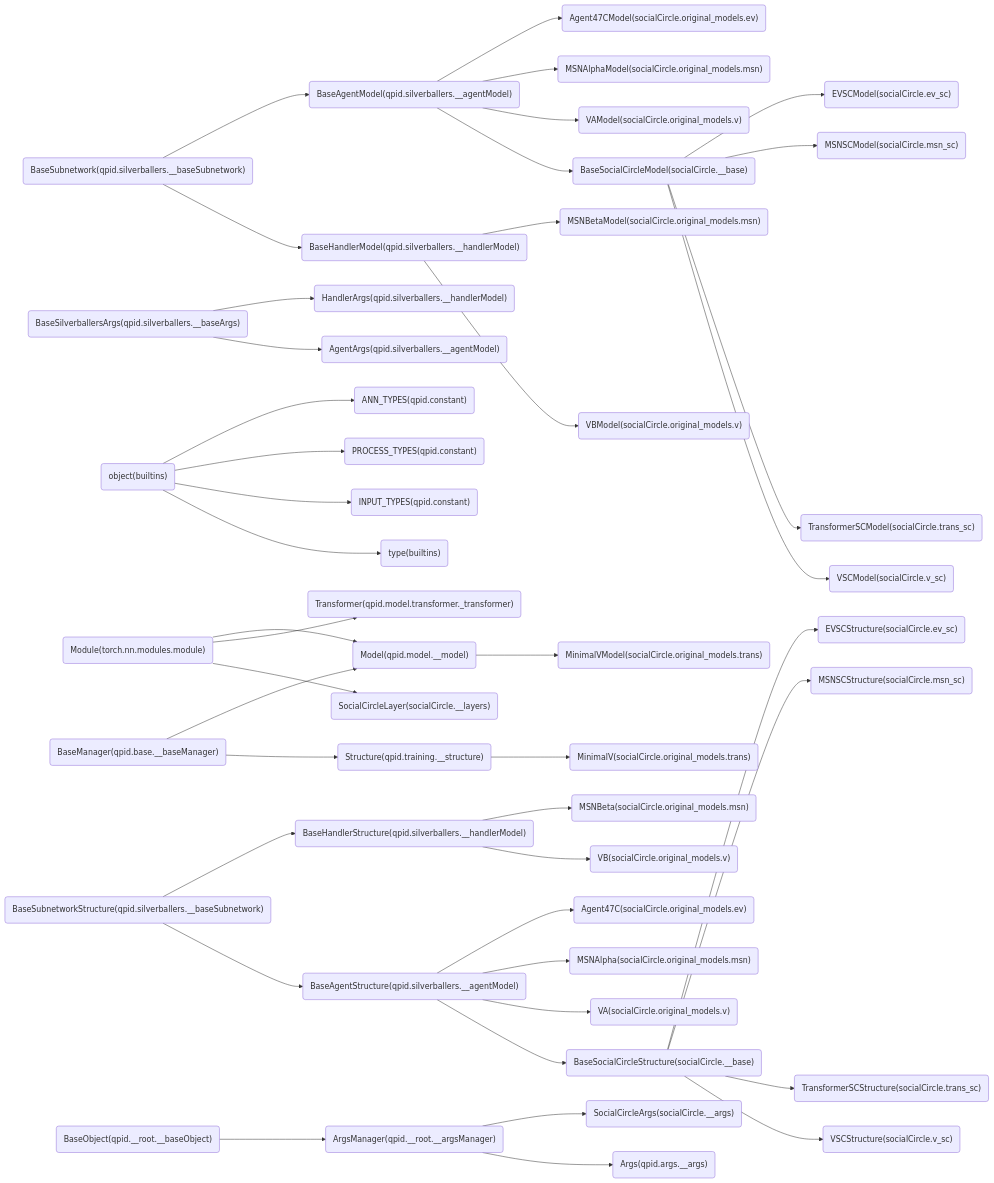
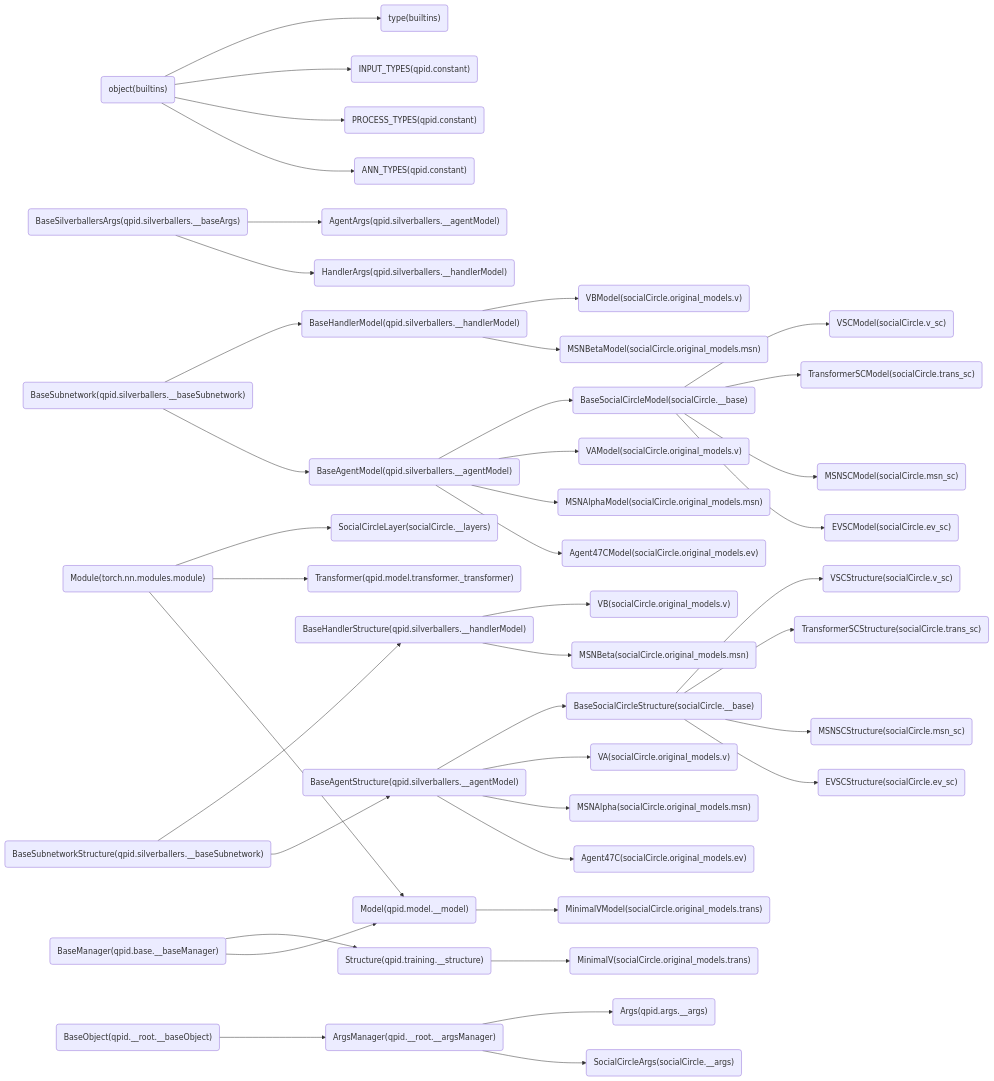
One commit to cocoon2wong/Project-Jocker changed the second of 2 diagrams in classRef.md. Above: the diagram before and after it, drawn with Mermaid. The commit also changed other lines of this file and 3 other files, not shown here.

````diff
--- a/classRef.md
+++ b/classRef.md
@@ -136,43 +136,43 @@
 ```mermaid
     graph LR
         socialCircle.__base_BaseSocialCircleStructure("BaseSocialCircleStructure(socialCircle.__base)") --> socialCircle.v_sc_VSCStructure("VSCStructure(socialCircle.v_sc)")
         builtins_object("object(builtins)") --> builtins_type("type(builtins)")
         socialCircle.__base_BaseSocialCircleModel("BaseSocialCircleModel(socialCircle.__base)") --> socialCircle.v_sc_VSCModel("VSCModel(socialCircle.v_sc)")
         qpid.silverballers.__baseArgs_BaseSilverballersArgs("BaseSilverballersArgs(qpid.silverballers.__baseArgs)") --> qpid.silverballers.__agentModel_AgentArgs("AgentArgs(qpid.silverballers.__agentModel)")
         torch.nn.modules.module_Module("Module(torch.nn.modules.module)") --> socialCircle.__layers_SocialCircleLayer("SocialCircleLayer(socialCircle.__layers)")
         builtins_object("object(builtins)") --> qpid.constant_INPUT_TYPES("INPUT_TYPES(qpid.constant)")
         qpid.silverballers.__agentModel_BaseAgentStructure("BaseAgentStructure(qpid.silverballers.__agentModel)") --> socialCircle.__base_BaseSocialCircleStructure("BaseSocialCircleStructure(socialCircle.__base)")
         qpid.silverballers.__agentModel_BaseAgentModel("BaseAgentModel(qpid.silverballers.__agentModel)") --> socialCircle.__base_BaseSocialCircleModel("BaseSocialCircleModel(socialCircle.__base)")
-        qpid.silverballers.__baseSubnetwork_BaseSubnetworkStructure("BaseSubnetworkStructure(qpid.silverballers.__baseSubnetwork)") --> qpid.silverballers.__agentModel_BaseAgentStructure("BaseAgentStructure(qpid.silverballers.__agentModel)")
         socialCircle.__base_BaseSocialCircleStructure("BaseSocialCircleStructure(socialCircle.__base)") --> socialCircle.trans_sc_TransformerSCStructure("TransformerSCStructure(socialCircle.trans_sc)")
         socialCircle.__base_BaseSocialCircleModel("BaseSocialCircleModel(socialCircle.__base)") --> socialCircle.trans_sc_TransformerSCModel("TransformerSCModel(socialCircle.trans_sc)")
-        qpid.base.__baseManager_BaseManager("BaseManager(qpid.base.__baseManager)") --> qpid.training.__structure_Structure("Structure(qpid.training.__structure)")
-        qpid.__root.__argsManager_ArgsManager("ArgsManager(qpid.__root.__argsManager)") --> qpid.args.__args_Args("Args(qpid.args.__args)")
         builtins_object("object(builtins)") --> qpid.constant_PROCESS_TYPES("PROCESS_TYPES(qpid.constant)")
         qpid.silverballers.__handlerModel_BaseHandlerModel("BaseHandlerModel(qpid.silverballers.__handlerModel)") --> socialCircle.original_models.v_VBModel("VBModel(socialCircle.original_models.v)")
         qpid.silverballers.__handlerModel_BaseHandlerStructure("BaseHandlerStructure(qpid.silverballers.__handlerModel)") --> socialCircle.original_models.v_VB("VB(socialCircle.original_models.v)")
         qpid.silverballers.__baseArgs_BaseSilverballersArgs("BaseSilverballersArgs(qpid.silverballers.__baseArgs)") --> qpid.silverballers.__handlerModel_HandlerArgs("HandlerArgs(qpid.silverballers.__handlerModel)")
         qpid.silverballers.__agentModel_BaseAgentModel("BaseAgentModel(qpid.silverballers.__agentModel)") --> socialCircle.original_models.v_VAModel("VAModel(socialCircle.original_models.v)")
         qpid.silverballers.__agentModel_BaseAgentStructure("BaseAgentStructure(qpid.silverballers.__agentModel)") --> socialCircle.original_models.v_VA("VA(socialCircle.original_models.v)")
         torch.nn.modules.module_Module("Module(torch.nn.modules.module)") --> qpid.model.transformer._transformer_Transformer("Transformer(qpid.model.transformer._transformer)")
         qpid.silverballers.__baseSubnetwork_BaseSubnetworkStructure("BaseSubnetworkStructure(qpid.silverballers.__baseSubnetwork)") --> qpid.silverballers.__handlerModel_BaseHandlerStructure("BaseHandlerStructure(qpid.silverballers.__handlerModel)")
         qpid.silverballers.__baseSubnetwork_BaseSubnetwork("BaseSubnetwork(qpid.silverballers.__baseSubnetwork)") --> qpid.silverballers.__handlerModel_BaseHandlerModel("BaseHandlerModel(qpid.silverballers.__handlerModel)")
+        qpid.silverballers.__baseSubnetwork_BaseSubnetworkStructure("BaseSubnetworkStructure(qpid.silverballers.__baseSubnetwork)") --> qpid.silverballers.__agentModel_BaseAgentStructure("BaseAgentStructure(qpid.silverballers.__agentModel)")
         qpid.silverballers.__baseSubnetwork_BaseSubnetwork("BaseSubnetwork(qpid.silverballers.__baseSubnetwork)") --> qpid.silverballers.__agentModel_BaseAgentModel("BaseAgentModel(qpid.silverballers.__agentModel)")
         builtins_object("object(builtins)") --> qpid.constant_ANN_TYPES("ANN_TYPES(qpid.constant)")
+        qpid.base.__baseManager_BaseManager("BaseManager(qpid.base.__baseManager)") --> qpid.training.__structure_Structure("Structure(qpid.training.__structure)")
+        qpid.__root.__argsManager_ArgsManager("ArgsManager(qpid.__root.__argsManager)") --> qpid.args.__args_Args("Args(qpid.args.__args)")
         torch.nn.modules.module_Module("Module(torch.nn.modules.module)") --> qpid.model.__model_Model("Model(qpid.model.__model)")
         qpid.base.__baseManager_BaseManager("BaseManager(qpid.base.__baseManager)") --> qpid.model.__model_Model("Model(qpid.model.__model)")
         qpid.model.__model_Model("Model(qpid.model.__model)") --> socialCircle.original_models.trans_MinimalVModel("MinimalVModel(socialCircle.original_models.trans)")
         qpid.training.__structure_Structure("Structure(qpid.training.__structure)") --> socialCircle.original_models.trans_MinimalV("MinimalV(socialCircle.original_models.trans)")
         qpid.silverballers.__handlerModel_BaseHandlerModel("BaseHandlerModel(qpid.silverballers.__handlerModel)") --> socialCircle.original_models.msn_MSNBetaModel("MSNBetaModel(socialCircle.original_models.msn)")
         qpid.silverballers.__handlerModel_BaseHandlerStructure("BaseHandlerStructure(qpid.silverballers.__handlerModel)") --> socialCircle.original_models.msn_MSNBeta("MSNBeta(socialCircle.original_models.msn)")
         qpid.silverballers.__agentModel_BaseAgentModel("BaseAgentModel(qpid.silverballers.__agentModel)") --> socialCircle.original_models.msn_MSNAlphaModel("MSNAlphaModel(socialCircle.original_models.msn)")
         qpid.silverballers.__agentModel_BaseAgentStructure("BaseAgentStructure(qpid.silverballers.__agentModel)") --> socialCircle.original_models.msn_MSNAlpha("MSNAlpha(socialCircle.original_models.msn)")
         qpid.silverballers.__agentModel_BaseAgentModel("BaseAgentModel(qpid.silverballers.__agentModel)") --> socialCircle.original_models.ev_Agent47CModel("Agent47CModel(socialCircle.original_models.ev)")
         qpid.silverballers.__agentModel_BaseAgentStructure("BaseAgentStructure(qpid.silverballers.__agentModel)") --> socialCircle.original_models.ev_Agent47C("Agent47C(socialCircle.original_models.ev)")
         socialCircle.__base_BaseSocialCircleStructure("BaseSocialCircleStructure(socialCircle.__base)") --> socialCircle.msn_sc_MSNSCStructure("MSNSCStructure(socialCircle.msn_sc)")
         socialCircle.__base_BaseSocialCircleModel("BaseSocialCircleModel(socialCircle.__base)") --> socialCircle.msn_sc_MSNSCModel("MSNSCModel(socialCircle.msn_sc)")
         socialCircle.__base_BaseSocialCircleStructure("BaseSocialCircleStructure(socialCircle.__base)") --> socialCircle.ev_sc_EVSCStructure("EVSCStructure(socialCircle.ev_sc)")
         socialCircle.__base_BaseSocialCircleModel("BaseSocialCircleModel(socialCircle.__base)") --> socialCircle.ev_sc_EVSCModel("EVSCModel(socialCircle.ev_sc)")
         qpid.__root.__argsManager_ArgsManager("ArgsManager(qpid.__root.__argsManager)") --> socialCircle.__args_SocialCircleArgs("SocialCircleArgs(socialCircle.__args)")
         qpid.__root.__baseObject_BaseObject("BaseObject(qpid.__root.__baseObject)") --> qpid.__root.__argsManager_ArgsManager("ArgsManager(qpid.__root.__argsManager)")
 ```
````
